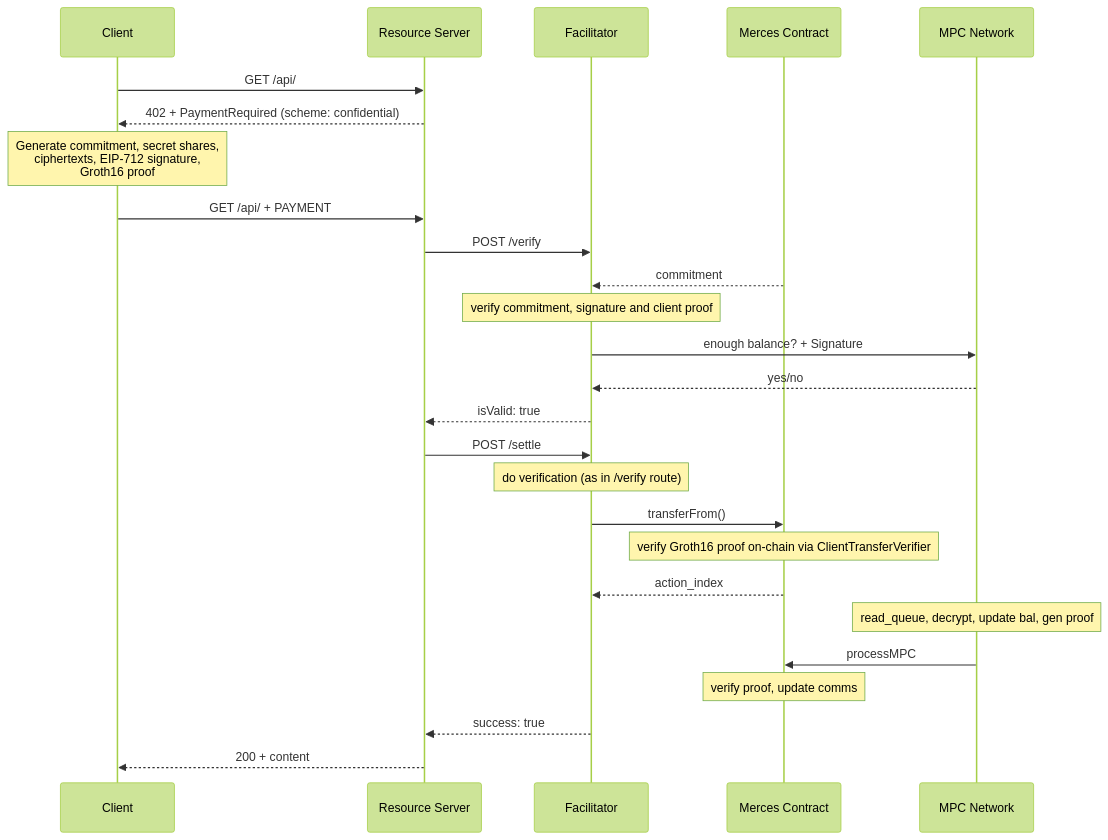
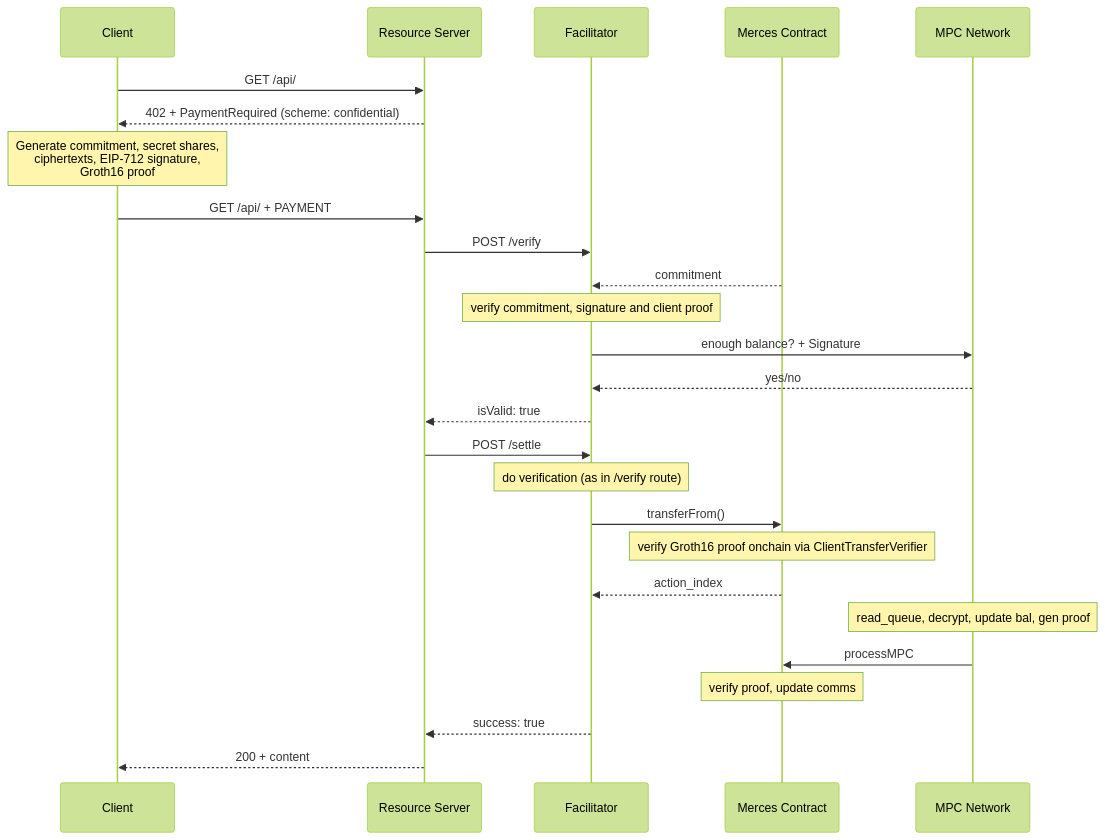
One commit to TaceoLabs/docs changed the diagram in docs/finance-solutions/x402/how-it-works.mdx. Above: the diagram before and after it, drawn with Mermaid (forest theme). The commit also changed other lines of this file and 35 other files, not shown here.

````diff
--- a/docs/finance-solutions/x402/how-it-works.mdx
+++ b/docs/finance-solutions/x402/how-it-works.mdx
@@ -39,33 +39,33 @@
 ```mermaid
 sequenceDiagram
     participant C as Client
     participant R as Resource Server
     participant F as Facilitator
     participant X as Merces Contract
     participant M as MPC Network
     
 
     C->>R: GET /api/
     R-->>C: 402 + PaymentRequired (scheme: confidential)
 
     Note over C: Generate commitment, secret shares,<br/>ciphertexts, EIP-712 signature,<br/>Groth16 proof
 
     C->>R: GET /api/ + PAYMENT
 
     R->>F: POST /verify
     X-->>F: commitment
     Note over F: verify commitment, signature and client proof
     F->>M: enough balance? + Signature
     M-->>F: yes/no
     F-->>R: isValid: true
     R->>F: POST /settle
     note over F: do verification (as in /verify route)
     F->>X: transferFrom()
-    Note over X: verify Groth16 proof on-chain via ClientTransferVerifier
+    Note over X: verify Groth16 proof onchain via ClientTransferVerifier
     X-->>F: action_index
     Note over M: read_queue, decrypt, update bal, gen proof
     M->>X: processMPC
     Note over X: verify proof, update comms
     F-->>R: success: true
     R-->>C: 200 + content
 ```
````
